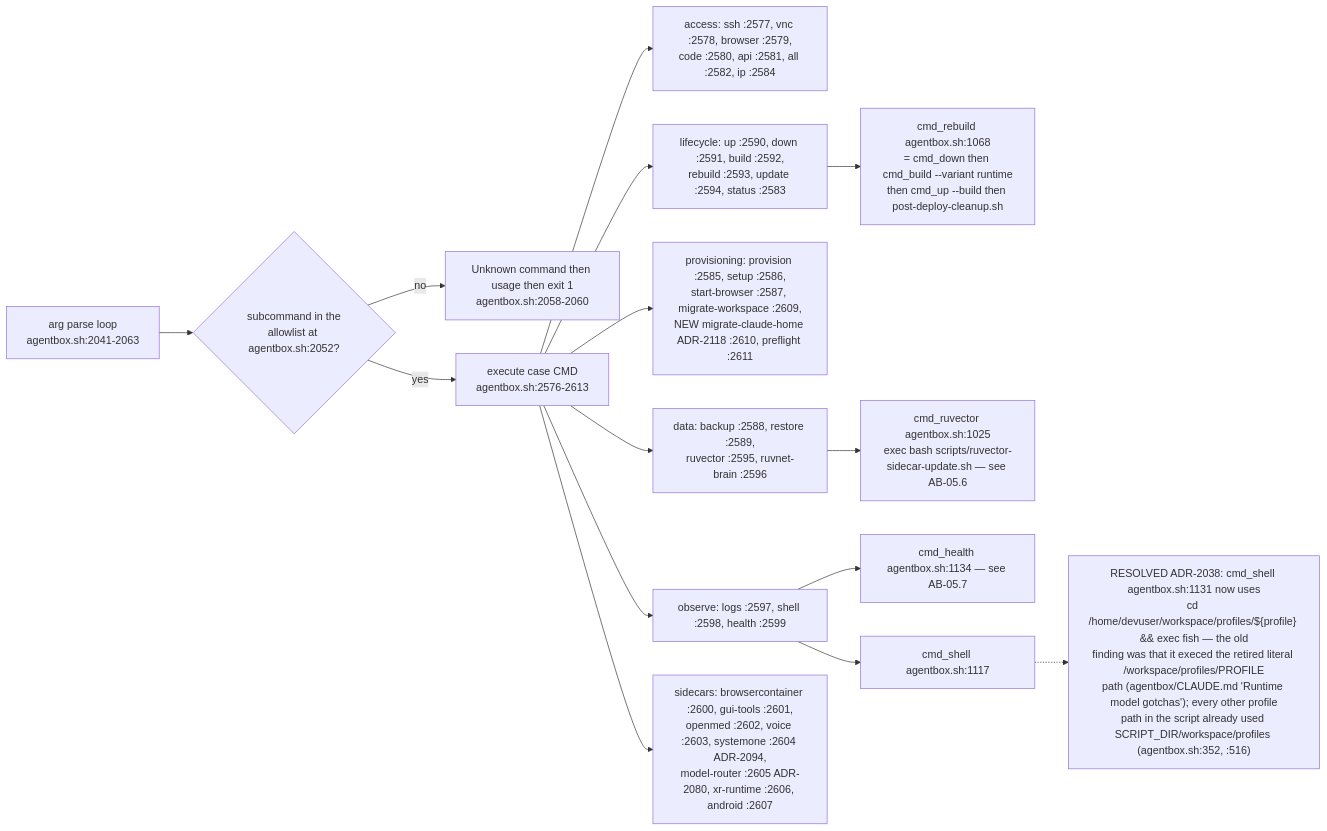
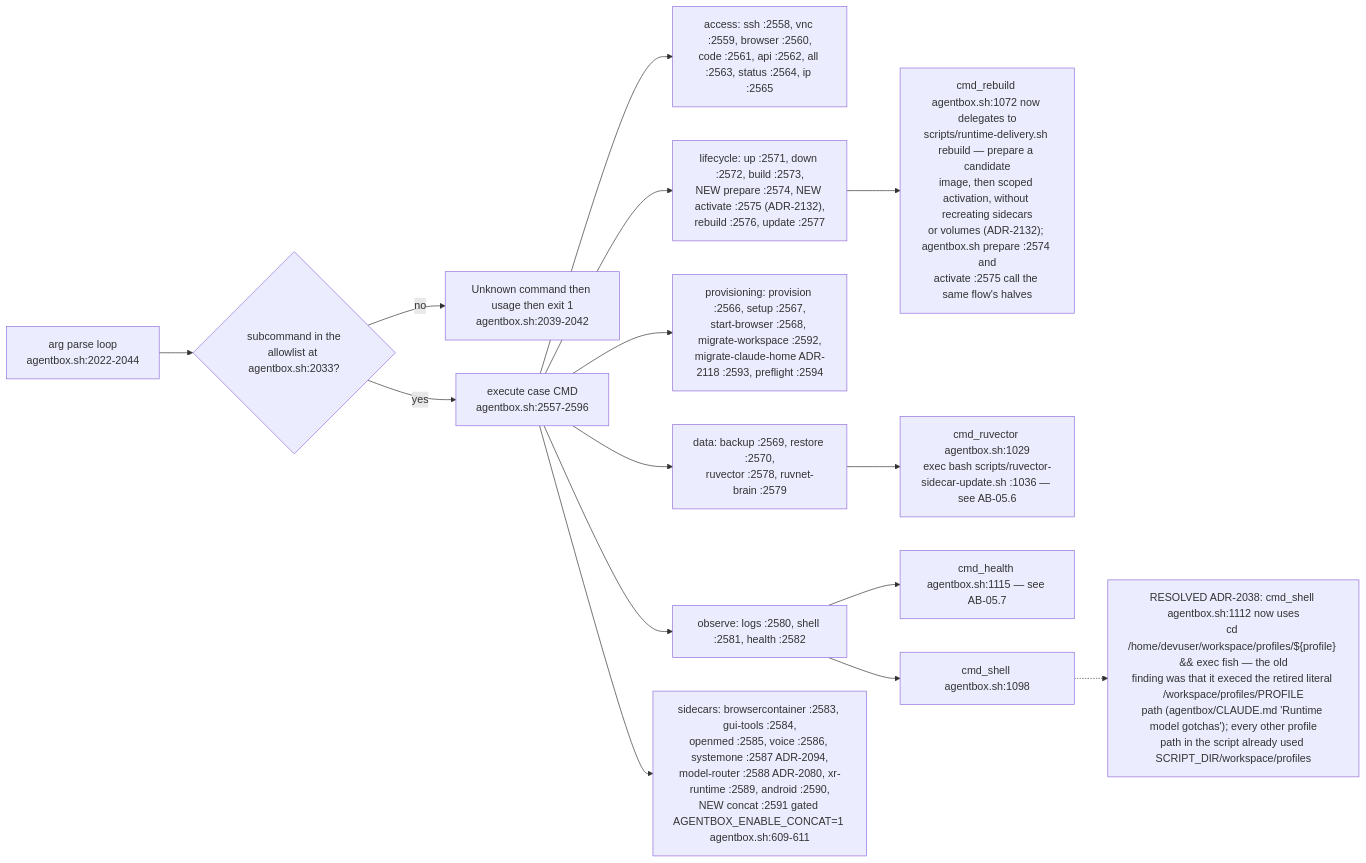
Before and after one commit to DreamLab-AI/VisionFlow: the fifth of 15 diagrams in docs/diagrams/agentbox/05-manifest-gates-and-cli.md, drawn with Mermaid. The commit also changed other lines of this file and 111 other files, not shown here.

Commit message:
docs(diagrams): align estate maps with current source

````diff
--- a/docs/diagrams/agentbox/05-manifest-gates-and-cli.md
+++ b/docs/diagrams/agentbox/05-manifest-gates-and-cli.md
@@ -153,17 +158,17 @@
 ```mermaid
 flowchart LR
-    ARG["arg parse loop<br/>agentbox.sh:2041-2063"] --> AL{"subcommand in the<br/>allowlist at agentbox.sh:2052?"}
-    AL -->|no| ERR["Unknown command then usage then exit 1<br/>agentbox.sh:2058-2060"]
-    AL -->|yes| CASE["execute case CMD<br/>agentbox.sh:2576-2613"]
-    CASE --> G1["access: ssh :2577, vnc :2578, browser :2579,<br/>code :2580, api :2581, all :2582, ip :2584"]
-    CASE --> G2["lifecycle: up :2590, down :2591, build :2592,<br/>rebuild :2593, update :2594, status :2583"]
-    CASE --> G3["provisioning: provision :2585, setup :2586,<br/>start-browser :2587, migrate-workspace :2609,<br/>NEW migrate-claude-home ADR-2118 :2610, preflight :2611"]
-    CASE --> G4["data: backup :2588, restore :2589,<br/>ruvector :2595, ruvnet-brain :2596"]
-    CASE --> G5["observe: logs :2597, shell :2598, health :2599"]
-    CASE --> G6["sidecars: browsercontainer :2600, gui-tools :2601,<br/>openmed :2602, voice :2603, systemone :2604 ADR-2094,<br/>model-router :2605 ADR-2080, xr-runtime :2606, android :2607"]
-    G2 --> RB["cmd_rebuild agentbox.sh:1068<br/>= cmd_down then cmd_build --variant runtime<br/>then cmd_up --build then post-deploy-cleanup.sh"]
-    G4 --> RV["cmd_ruvector agentbox.sh:1025<br/>exec bash scripts/ruvector-sidecar-update.sh — see AB-05.6"]
-    G5 --> HL["cmd_health agentbox.sh:1134 — see AB-05.7"]
-    G5 --> SH["cmd_shell agentbox.sh:1117"]
-    SH -.-> RES1["RESOLVED ADR-2038: cmd_shell agentbox.sh:1131 now uses<br/>cd /home/devuser/workspace/profiles/${profile} && exec fish — the old<br/>finding was that it execed the retired literal /workspace/profiles/PROFILE<br/>path (agentbox/CLAUDE.md 'Runtime model gotchas'); every other profile<br/>path in the script already used SCRIPT_DIR/workspace/profiles (agentbox.sh:352, :516)"]
+    ARG["arg parse loop<br/>agentbox.sh:2022-2044"] --> AL{"subcommand in the<br/>allowlist at agentbox.sh:2033?"}
+    AL -->|no| ERR["Unknown command then usage then exit 1<br/>agentbox.sh:2039-2042"]
+    AL -->|yes| CASE["execute case CMD<br/>agentbox.sh:2557-2596"]
+    CASE --> G1["access: ssh :2558, vnc :2559, browser :2560,<br/>code :2561, api :2562, all :2563, status :2564, ip :2565"]
+    CASE --> G2["lifecycle: up :2571, down :2572, build :2573,<br/>NEW prepare :2574, NEW activate :2575 (ADR-2132),<br/>rebuild :2576, update :2577"]
+    CASE --> G3["provisioning: provision :2566, setup :2567,<br/>start-browser :2568, migrate-workspace :2592,<br/>migrate-claude-home ADR-2118 :2593, preflight :2594"]
+    CASE --> G4["data: backup :2569, restore :2570,<br/>ruvector :2578, ruvnet-brain :2579"]
+    CASE --> G5["observe: logs :2580, shell :2581, health :2582"]
+    CASE --> G6["sidecars: browsercontainer :2583, gui-tools :2584,<br/>openmed :2585, voice :2586, systemone :2587 ADR-2094,<br/>model-router :2588 ADR-2080, xr-runtime :2589, android :2590,<br/>NEW concat :2591 gated AGENTBOX_ENABLE_CONCAT=1 agentbox.sh:609-611"]
+    G2 --> RB["cmd_rebuild agentbox.sh:1072 now delegates to<br/>scripts/runtime-delivery.sh rebuild — prepare a candidate<br/>image, then scoped activation, without recreating sidecars<br/>or volumes (ADR-2132); agentbox.sh prepare :2574 and<br/>activate :2575 call the same flow's halves"]
+    G4 --> RV["cmd_ruvector agentbox.sh:1029<br/>exec bash scripts/ruvector-sidecar-update.sh :1036 — see AB-05.6"]
+    G5 --> HL["cmd_health agentbox.sh:1115 — see AB-05.7"]
+    G5 --> SH["cmd_shell agentbox.sh:1098"]
+    SH -.-> RES1["RESOLVED ADR-2038: cmd_shell agentbox.sh:1112 now uses<br/>cd /home/devuser/workspace/profiles/${profile} && exec fish — the old<br/>finding was that it execed the retired literal /workspace/profiles/PROFILE<br/>path (agentbox/CLAUDE.md 'Runtime model gotchas'); every other profile<br/>path in the script already used SCRIPT_DIR/workspace/profiles"]
 ```
````
